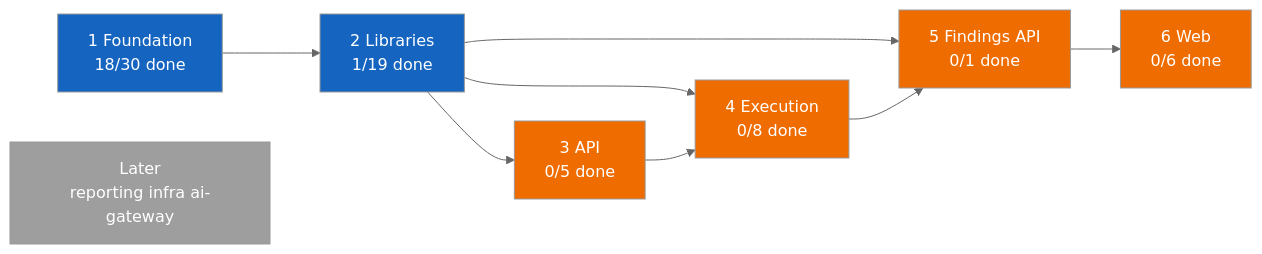
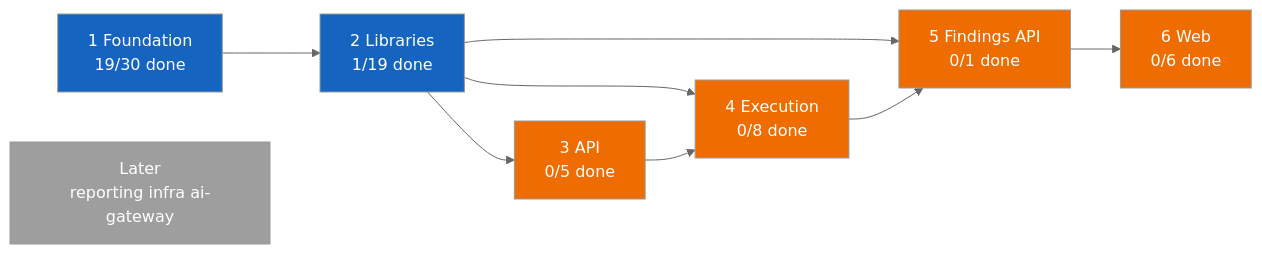
Before and after one commit to vulcanflow/docs: the first of 2 diagrams in PROGRESS.md, drawn with Mermaid (neutral theme). The commit also changed other lines of this file and 1 other file, not shown here.

````diff
--- a/PROGRESS.md
+++ b/PROGRESS.md
@@ -24,31 +24,31 @@
 ```mermaid
 flowchart LR
-  P1["1 Foundation<br/>18/30 done"]
+  P1["1 Foundation<br/>19/30 done"]
   P2["2 Libraries<br/>1/19 done"]
   P3["3 API<br/>0/5 done"]
   P4["4 Execution<br/>0/8 done"]
   P5["5 Findings API<br/>0/1 done"]
   P6["6 Web<br/>0/6 done"]
   L["Later<br/>reporting infra ai-gateway"]
 
   P1 --> P2
   P2 --> P3
   P2 --> P4
   P3 --> P4
   P2 --> P5
   P4 --> P5
   P5 --> P6
 
   classDef done fill:#2e7d32,color:#fff
   classDef active fill:#1565c0,color:#fff
   classDef held fill:#9e9e9e,color:#fff
   classDef blocked fill:#ef6c00,color:#fff
 
   class P1 active
   class P2 active
   class P3 blocked
   class P4 blocked
   class P5 blocked
   class P6 blocked
   class L held
 ```
````
